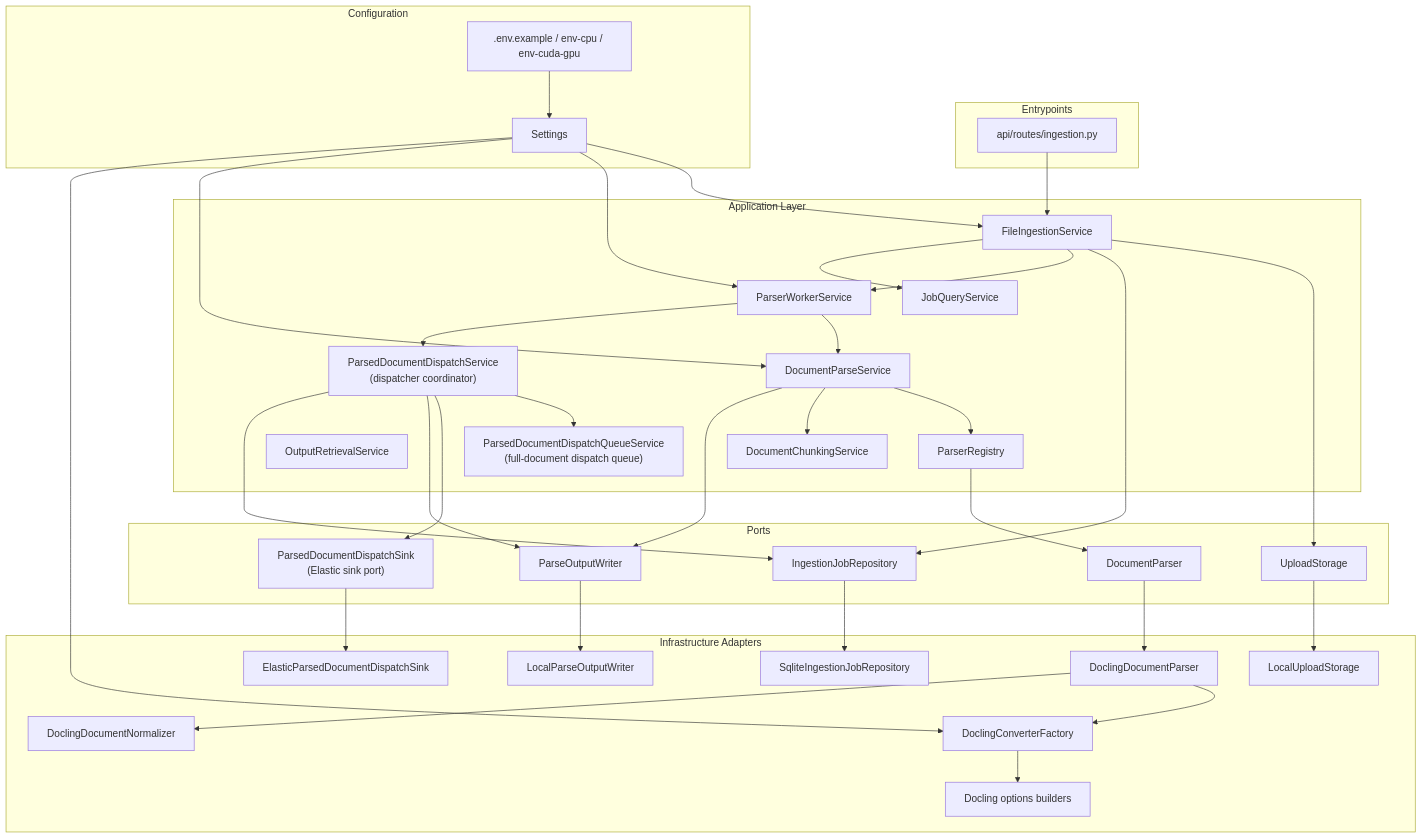
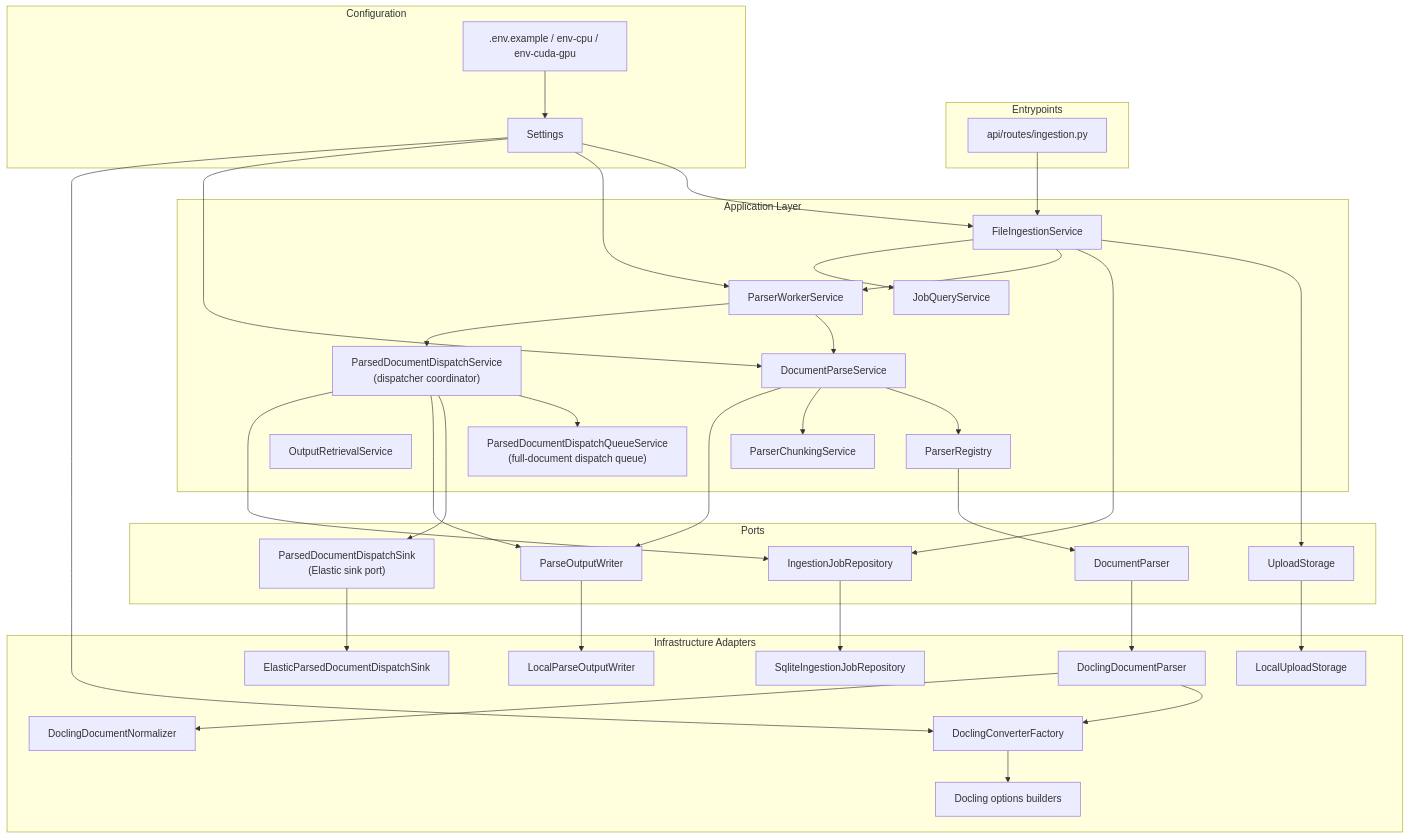
One commit to alrolo3/ingest-orquestator-service changed the second of 7 diagrams in docs/architecture-diagram.md. Above: the diagram before and after it, drawn with Mermaid. The commit also changed other lines of this file and 40 other files, not shown here.

Commit message:
rework chunking strategy to use parser-specific

````diff
--- a/docs/architecture-diagram.md
+++ b/docs/architecture-diagram.md
@@ -27,76 +27,76 @@
 ```mermaid
 flowchart TB
     subgraph Entrypoints["Entrypoints"]
         FastAPI["api/routes/ingestion.py"]
     end
 
     subgraph Application["Application Layer"]
         FileIngestion["FileIngestionService"]
         ParseService["DocumentParseService"]
-        Chunking["DocumentChunkingService"]
+        Chunking["ParserChunkingService"]
         OutputRetrieval["OutputRetrievalService"]
         JobQuery["JobQueryService"]
         ParserWorkers["ParserWorkerService"]
         DispatchQueue["ParsedDocumentDispatchQueueService<br/>(full-document dispatch queue)"]
         DispatchService["ParsedDocumentDispatchService<br/>(dispatcher coordinator)"]
         Registry["ParserRegistry"]
     end
 
     subgraph Ports["Ports"]
         ParserPort["DocumentParser"]
         WriterPort["ParseOutputWriter"]
         UploadPort["UploadStorage"]
         JobRepoPort["IngestionJobRepository"]
         DispatchPort["ParsedDocumentDispatchSink<br/>(Elastic sink port)"]
     end
 
     subgraph Infrastructure["Infrastructure Adapters"]
         DoclingParser["DoclingDocumentParser"]
         ConverterFactory["DoclingConverterFactory"]
         DoclingOptions["Docling options builders"]
         Normalizer["DoclingDocumentNormalizer"]
         Writer["LocalParseOutputWriter"]
         Uploads["LocalUploadStorage"]
         SQLite["SqliteIngestionJobRepository"]
         ElasticDispatch["ElasticParsedDocumentDispatchSink"]
     end
 
     subgraph Config["Configuration"]
         Settings["Settings"]
         EnvFiles[".env.example / env-cpu / env-cuda-gpu"]
     end
 
     FastAPI --> FileIngestion
 
     FileIngestion --> UploadPort
     FileIngestion --> JobRepoPort
     FileIngestion --> ParserWorkers
     FileIngestion --> JobQuery
 
     ParserWorkers --> ParseService
     ParserWorkers --> DispatchService
     ParseService --> Registry
     ParseService --> Chunking
     ParseService --> WriterPort
 
     Registry --> ParserPort
     ParserPort --> DoclingParser
     WriterPort --> Writer
     UploadPort --> Uploads
     JobRepoPort --> SQLite
     DispatchPort --> ElasticDispatch
     DispatchService --> DispatchQueue
     DispatchService --> DispatchPort
     DispatchService --> WriterPort
     DispatchService --> JobRepoPort
 
     DoclingParser --> ConverterFactory
     DoclingParser --> Normalizer
     ConverterFactory --> DoclingOptions
 
     EnvFiles --> Settings
     Settings --> FileIngestion
     Settings --> ParserWorkers
     Settings --> ParseService
     Settings --> ConverterFactory
 ```
````
